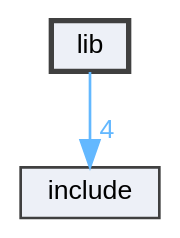
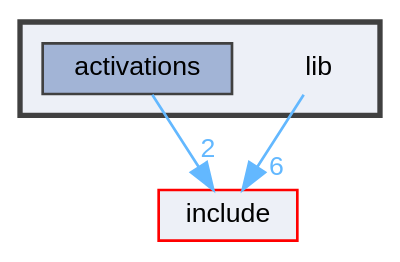
The diagram in dir_97aefd0d527b934f1d99a682da8fe6a9_dep.dot (Nalin-Angrish/FlexNN), drawn with Graphviz before and after one commit. The commit also changed 134 other files, not shown here.

```diff
--- a/dir_97aefd0d527b934f1d99a682da8fe6a9_dep.dot
+++ b/dir_97aefd0d527b934f1d99a682da8fe6a9_dep.dot
@@ -1,11 +1,16 @@
 digraph "lib"
 {
  // LATEX_PDF_SIZE
   bgcolor="transparent";
   edge [fontname=Helvetica,fontsize=10,labelfontname=Helvetica,labelfontsize=10];
   node [fontname=Helvetica,fontsize=10,shape=box,height=0.2,width=0.4];
   compound=true
-  dir_97aefd0d527b934f1d99a682da8fe6a9 [label="lib", fillcolor="#edf0f7", color="grey25", style="filled,bold", URL="dir_97aefd0d527b934f1d99a682da8fe6a9.html",tooltip=""];
-  dir_d44c64559bbebec7f509842c48db8b23 [label="include", fillcolor="#edf0f7", color="grey25", style="filled", URL="dir_d44c64559bbebec7f509842c48db8b23.html",tooltip=""];
-  dir_97aefd0d527b934f1d99a682da8fe6a9->dir_d44c64559bbebec7f509842c48db8b23 [headlabel="4", labeldistance=1.5 headhref="dir_000001_000000.html" href="dir_000001_000000.html" color="steelblue1" fontcolor="steelblue1"];
+  subgraph clusterdir_97aefd0d527b934f1d99a682da8fe6a9 {
+    graph [ bgcolor="#edf0f7", pencolor="grey25", label="", fontname=Helvetica,fontsize=10 style="filled,bold", URL="dir_97aefd0d527b934f1d99a682da8fe6a9.html",tooltip=""]
+    dir_97aefd0d527b934f1d99a682da8fe6a9 [shape=plaintext, label="lib"];
+  dir_b0e7430562ec5a8c59ced5d88f2a7495 [label="activations", fillcolor="#a2b4d6", color="grey25", style="filled", URL="dir_b0e7430562ec5a8c59ced5d88f2a7495.html",tooltip=""];
+  }
+  dir_d44c64559bbebec7f509842c48db8b23 [label="include", fillcolor="#edf0f7", color="red", style="filled", URL="dir_d44c64559bbebec7f509842c48db8b23.html",tooltip=""];
+  dir_97aefd0d527b934f1d99a682da8fe6a9->dir_d44c64559bbebec7f509842c48db8b23 [headlabel="6", labeldistance=1.5 headhref="dir_000003_000002.html" href="dir_000003_000002.html" color="steelblue1" fontcolor="steelblue1"];
+  dir_b0e7430562ec5a8c59ced5d88f2a7495->dir_d44c64559bbebec7f509842c48db8b23 [headlabel="2", labeldistance=1.5 headhref="dir_000001_000002.html" href="dir_000001_000002.html" color="steelblue1" fontcolor="steelblue1"];
 }
```
